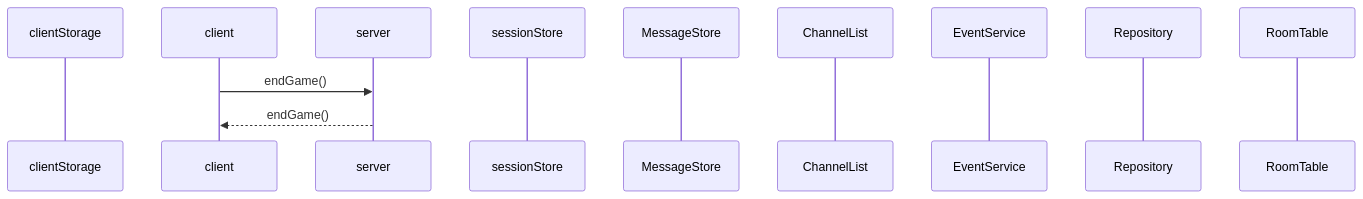
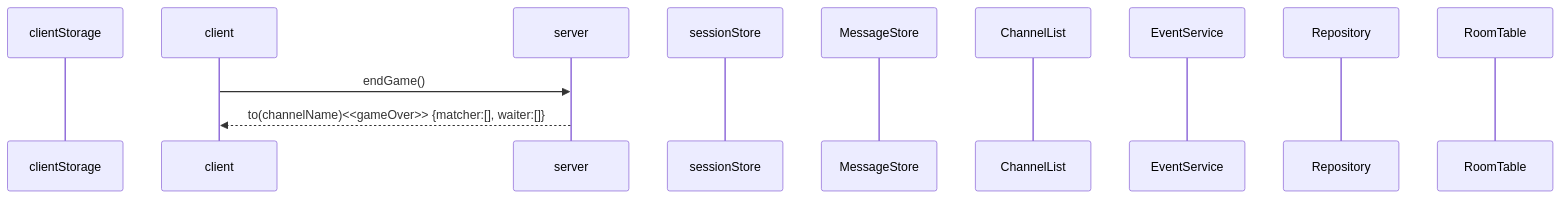
One commit to mtak0235/simmons_transcendence changed diagram 18 of 19 in backend/node/app/event.md. Above: the diagram before and after it, drawn with Mermaid. The commit also changed other lines of this file, not shown here.

````diff
--- a/backend/node/app/event.md
+++ b/backend/node/app/event.md
@@ -437,15 +430,15 @@
 ```mermaid
 sequenceDiagram
 participant cls as clientStorage
 participant c as client
 participant ga as server
 participant ss as sessionStore
 participant ms as MessageStore
 participant cns as ChannelList
 participant cs as EventService
 participant r as Repository
 participant rt as RoomTable
 
 c->>ga: endGame()#client가 participant면
-ga-->>c:endGame()
+ga-->>c:to(channelName)<<gameOver>> {matcher:[], waiter:[]}
 ```
````
